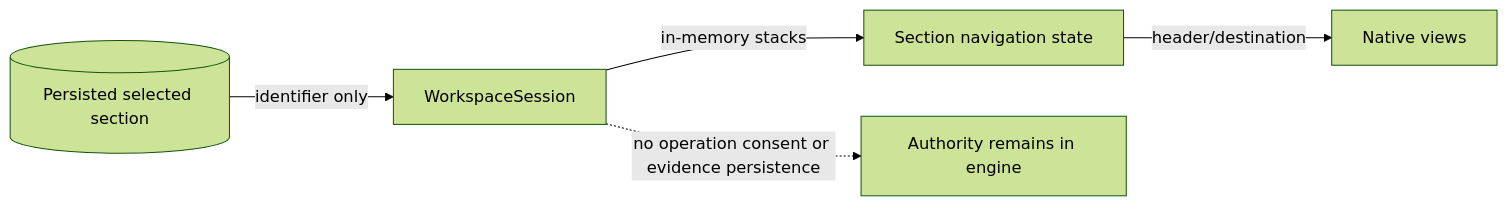
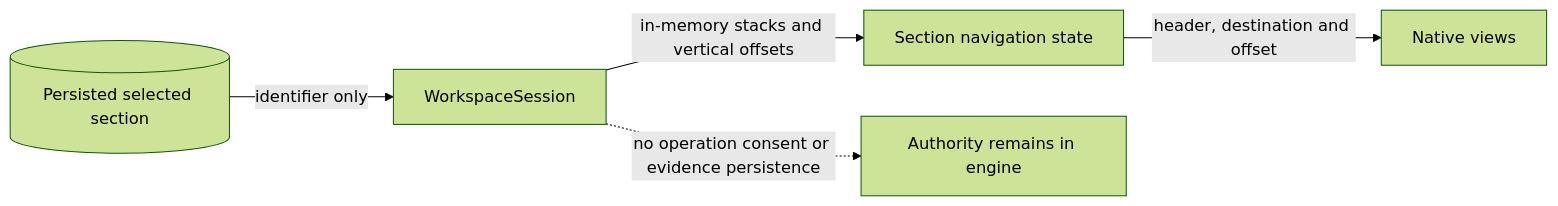
Diagram 20 of 43 in docs/stacklab/pantheon-pt/canon/DIAGRAMS_RUNTIME_NATIVE.md (SirsiMaster/sirsi-pantheon), drawn with Mermaid (forest theme) before and after one commit. The commit also changed other lines of this file and 9 other files, not shown here.

````diff
--- a/docs/stacklab/pantheon-pt/canon/DIAGRAMS_RUNTIME_NATIVE.md
+++ b/docs/stacklab/pantheon-pt/canon/DIAGRAMS_RUNTIME_NATIVE.md
@@ -271,7 +271,7 @@
 ```mermaid
 flowchart LR
   PREF[(Persisted selected section)] -->|identifier only| SESSION[WorkspaceSession]
-  SESSION -->|in-memory stacks| SECTIONS[Section navigation state]
-  SECTIONS -->|header/destination| VIEW[Native views]
+  SESSION -->|in-memory stacks and vertical offsets| SECTIONS[Section navigation state]
+  SECTIONS -->|header, destination and offset| VIEW[Native views]
   SESSION -. no operation consent or evidence persistence .-> X[Authority remains in engine]
 ```
````
